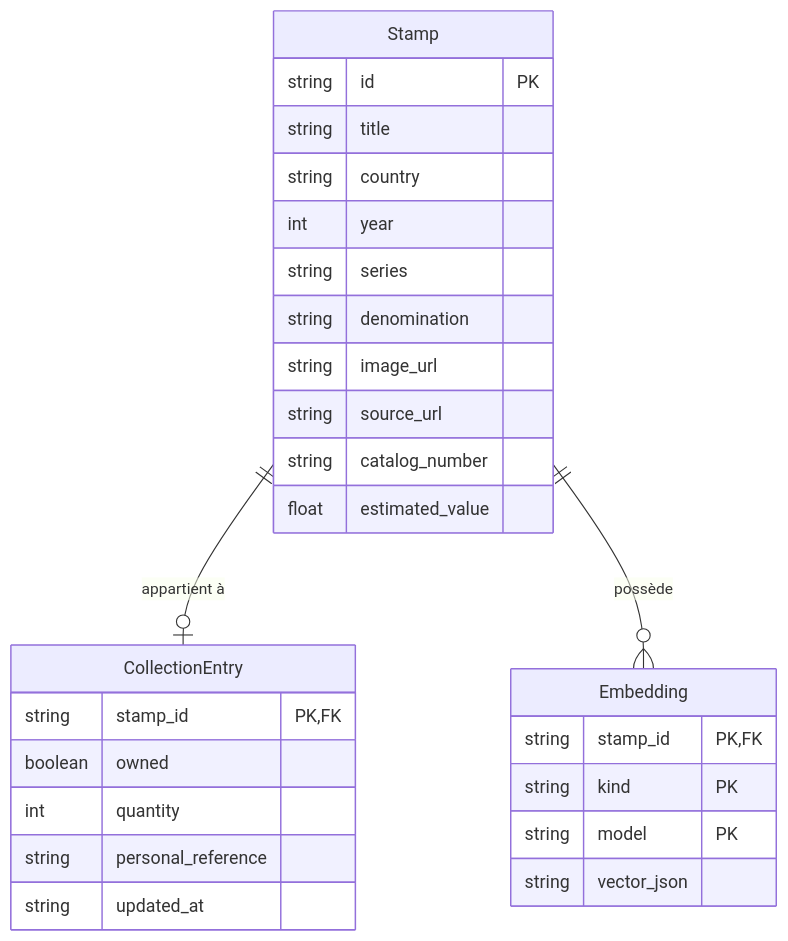
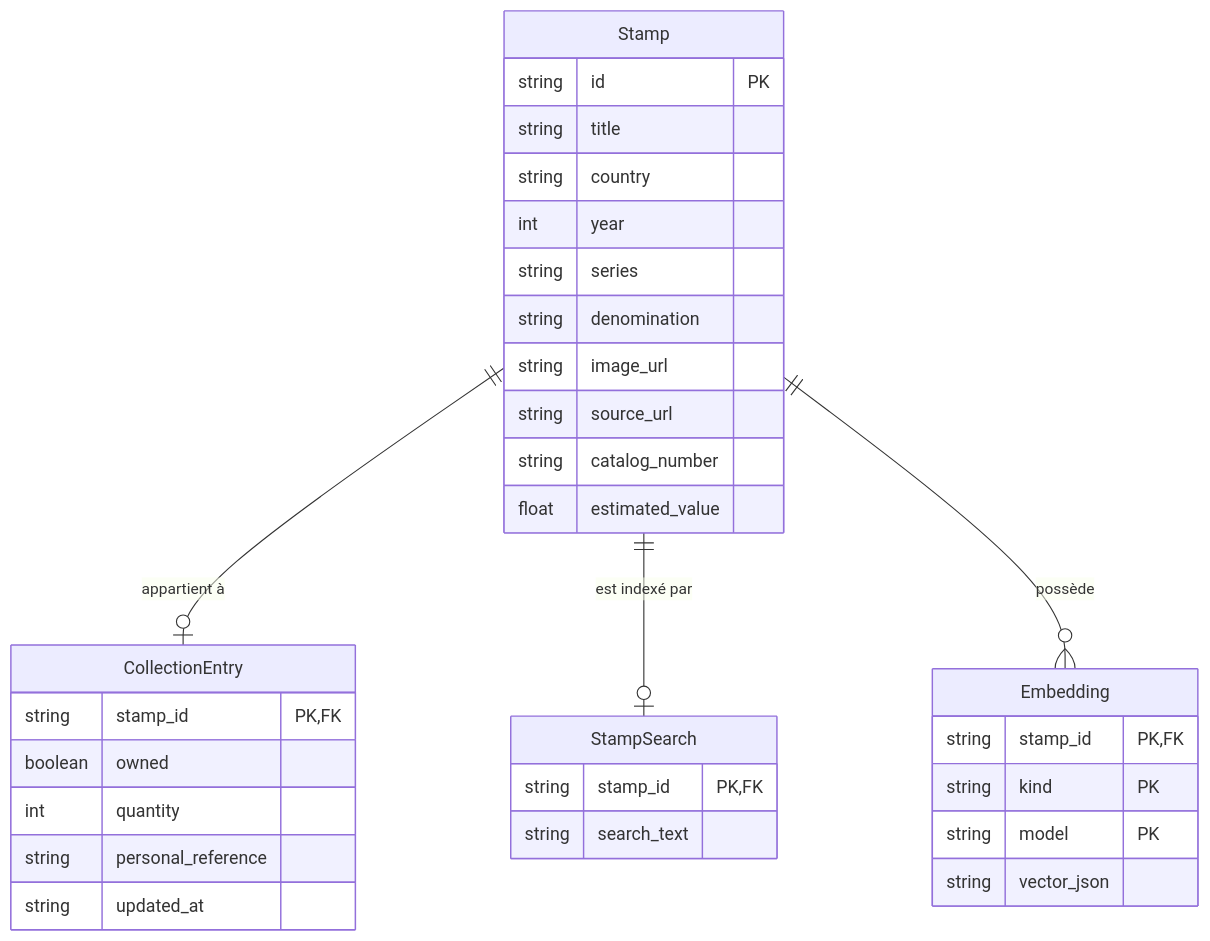
The second of 2 diagrams in docs/02-design.md (adagues/stamp-collection-webapp), drawn with Mermaid before and after one commit. The commit also changed other lines of this file and 9 other files, not shown here.

````diff
--- a/docs/02-design.md
+++ b/docs/02-design.md
@@ -21,30 +21,35 @@
 ```mermaid
 erDiagram
   Stamp ||--o| CollectionEntry : "appartient à"
+  Stamp ||--o| StampSearch : "est indexé par"
   Stamp ||--o{ Embedding : "possède"
   Stamp {
     string id PK
     string title
     string country
     int year
     string series
     string denomination
     string image_url
     string source_url
     string catalog_number
     float estimated_value
   }
   CollectionEntry {
     string stamp_id PK,FK
     boolean owned
     int quantity
     string personal_reference
     string updated_at
   }
+  StampSearch {
+    string stamp_id PK,FK
+    string search_text
+  }
   Embedding {
     string stamp_id PK,FK
     string kind PK
     string model PK
     string vector_json
   }
 ```
````
